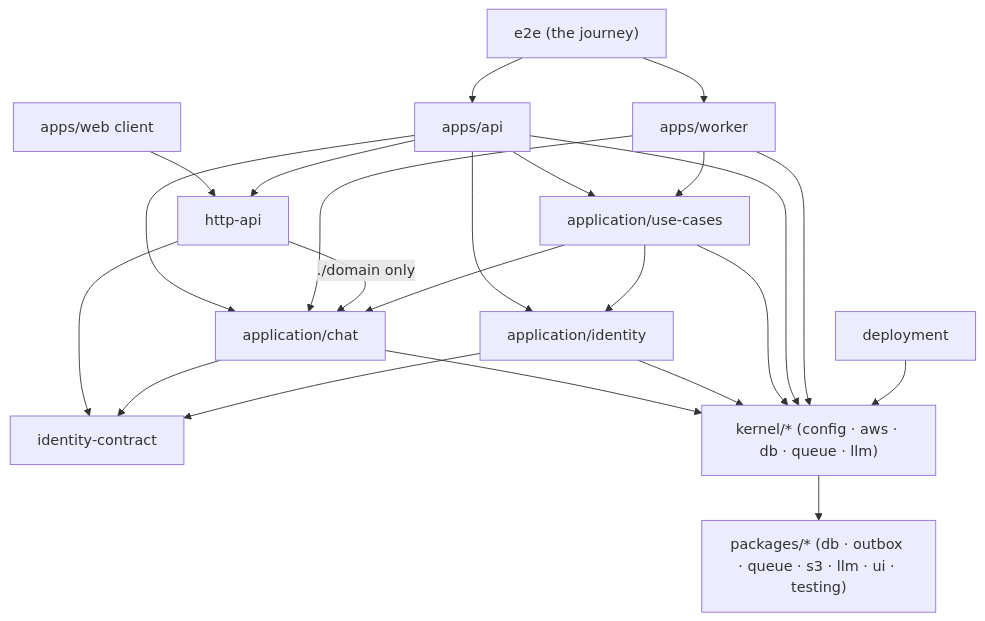
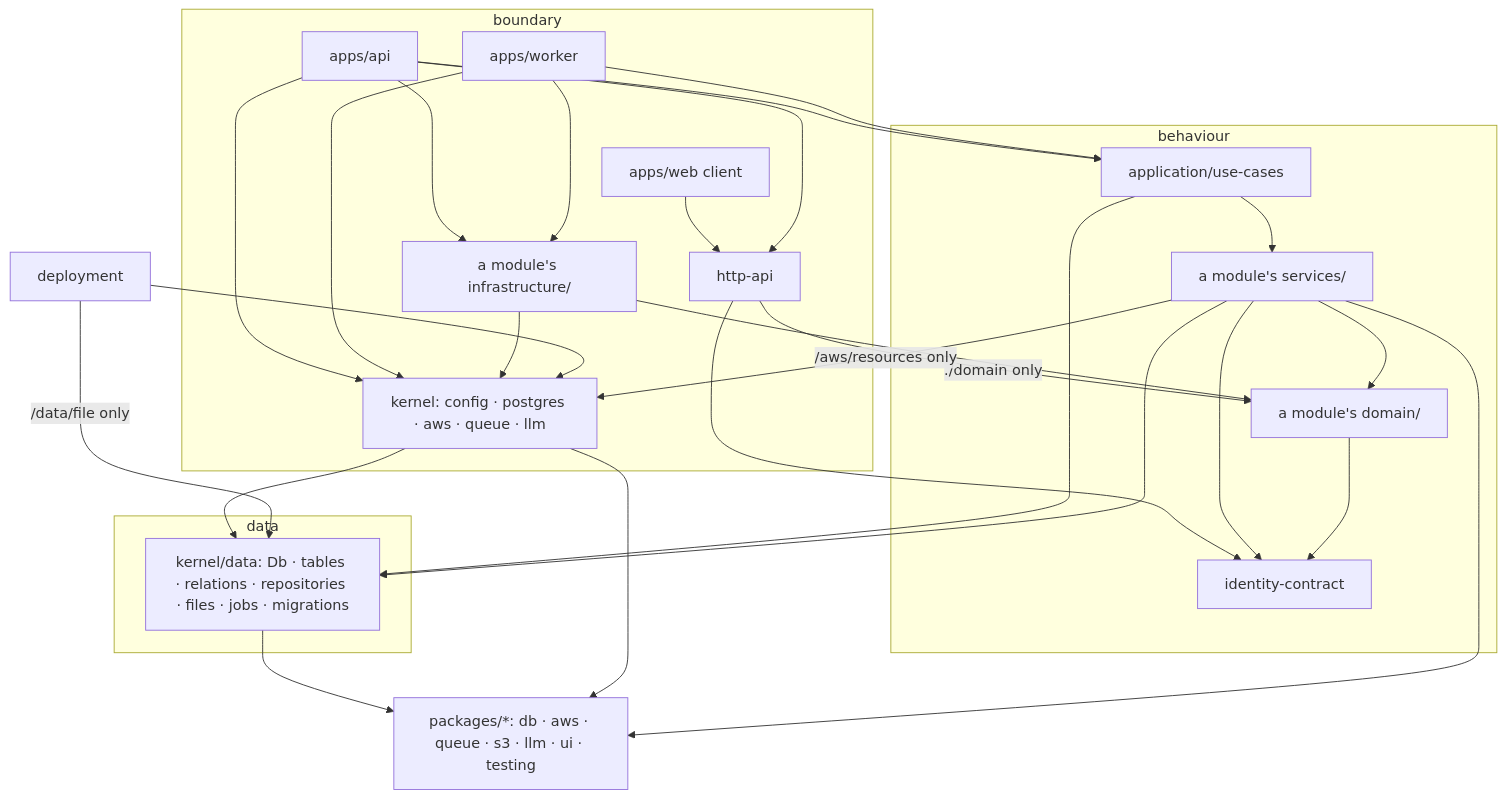
One commit to khotei/app-template changed the diagram in docs/tickets/2026-10-31-0926_modular-monolith/architecture.md. Above: the diagram before and after it, drawn with Mermaid. The commit also changed other lines of this file and 4 other files, not shown here.

````diff
--- a/docs/tickets/2026-10-31-0926_modular-monolith/architecture.md
+++ b/docs/tickets/2026-10-31-0926_modular-monolith/architecture.md
@@ -20,25 +26,45 @@
 ```mermaid
 graph TD
-  web["apps/web client"] --> httpApi["http-api"]
-  api["apps/api"] --> httpApi
-  api --> useCases["application/use-cases"]
-  worker["apps/worker"] --> useCases
-  api --> chat["application/chat"]
-  api --> identity["application/identity"]
-  worker --> chat
-  httpApi -->|"./domain only"| chat
-  httpApi --> idc["identity-contract"]
-  useCases --> chat
-  useCases --> identity
-  chat --> idc
-  identity --> idc
-  chat --> kernel["kernel/* (config · aws · db · queue · llm)"]
-  identity --> kernel
-  useCases --> kernel
-  api --> kernel
-  worker --> kernel
-  kernel --> packages["packages/* (db · outbox · queue · s3 · llm · ui · testing)"]
-  deployment --> kernel
-  e2e["e2e (the journey)"] --> api
-  e2e --> worker
+  subgraph boundary["boundary"]
+    web["apps/web client"]
+    api["apps/api"]
+    worker["apps/worker"]
+    httpApi["http-api"]
+    kernelOut["kernel: config · postgres · aws · queue · llm"]
+    infra["a module's infrastructure/"]
+  end
+  subgraph behaviour["behaviour"]
+    useCases["application/use-cases"]
+    services["a module's services/"]
+    domain["a module's domain/"]
+    idc["identity-contract"]
+  end
+  subgraph data["data"]
+    db["kernel/data: Db · tables · relations · repositories · files · jobs · migrations"]
+  end
+  web --> httpApi
+  api --> httpApi
+  api --> useCases
+  api --> infra
+  api --> kernelOut
+  worker --> useCases
+  worker --> infra
+  worker --> kernelOut
+  httpApi -->|"./domain only"| domain
+  httpApi --> idc
+  useCases --> services
+  useCases --> db
+  infra --> domain
+  infra --> kernelOut
+  services --> domain
+  services --> db
+  services --> idc
+  services -->|"/aws/resources only"| kernelOut
+  domain --> idc
+  kernelOut --> db
+  db --> packages["packages/*: db · aws · queue · s3 · llm · ui · testing"]
+  kernelOut --> packages
+  services --> packages
+  deployment --> kernelOut
+  deployment -->|"/data/file only"| db
 ```
````
